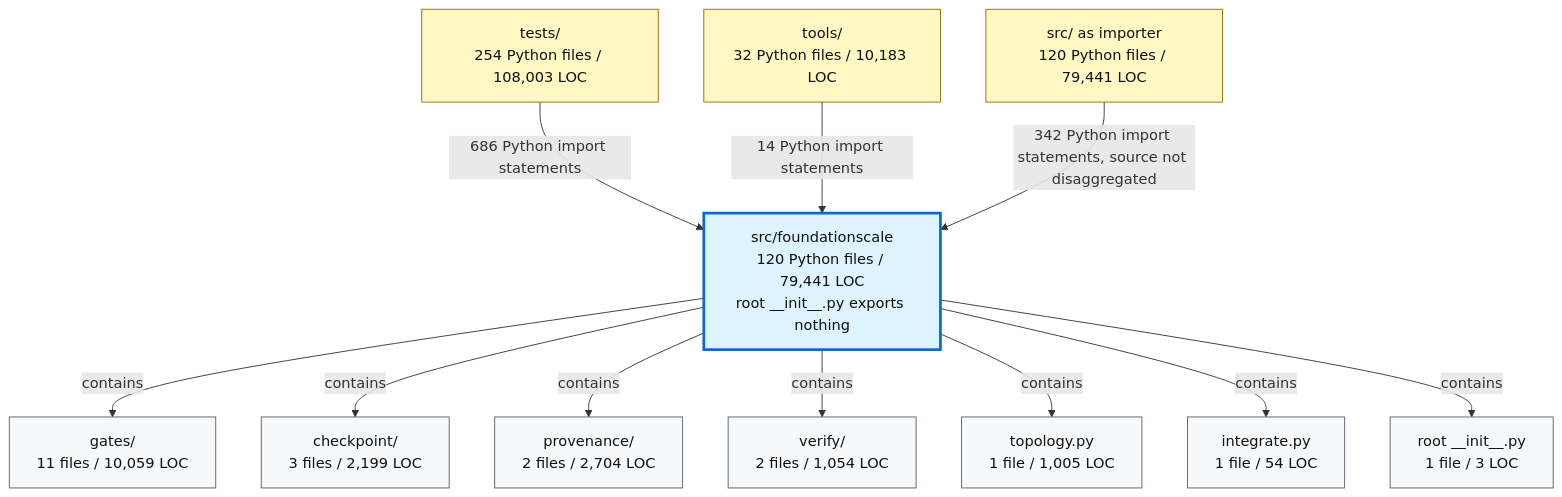
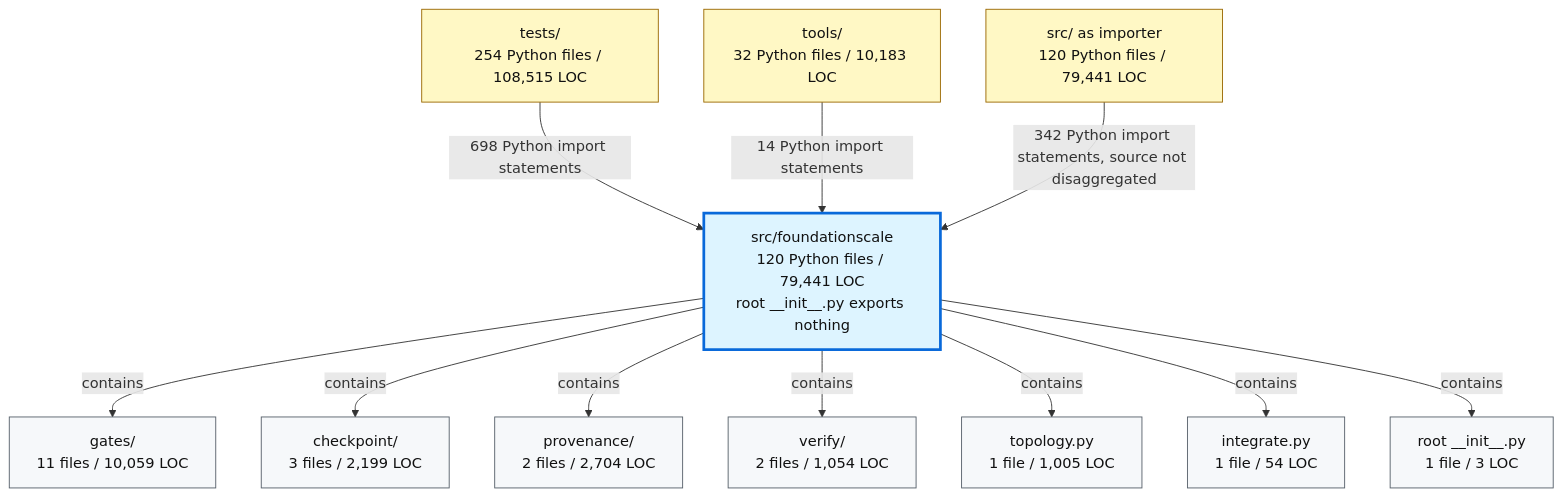
Before and after one commit to TranNhiem/FoundationScale: the second of 2 diagrams in docs/review/D2_current_architecture.md, drawn with Mermaid. The commit also changed 7 other files, not shown here.

````diff
--- a/docs/review/D2_current_architecture.md
+++ b/docs/review/D2_current_architecture.md
@@ -97,36 +97,36 @@
 ```mermaid
 flowchart TB
-  TESTS["tests/<br/>254 Python files / 108,003 LOC"]
+  TESTS["tests/<br/>254 Python files / 108,515 LOC"]
   TOOLS["tools/<br/>32 Python files / 10,183 LOC"]
   SRC["src/ as importer<br/>120 Python files / 79,441 LOC"]
 
   FS["src/foundationscale<br/>120 Python files / 79,441 LOC<br/>root __init__.py exports nothing"]
 
   GATES["gates/<br/>11 files / 10,059 LOC"]
   CKPT["checkpoint/<br/>3 files / 2,199 LOC"]
   PROV["provenance/<br/>2 files / 2,704 LOC"]
   VERIFY["verify/<br/>2 files / 1,054 LOC"]
   TOPO["topology.py<br/>1 file / 1,005 LOC"]
   INTEG["integrate.py<br/>1 file / 54 LOC"]
   ROOT["root __init__.py<br/>1 file / 3 LOC"]
 
-  TESTS -->|"686 Python import statements"| FS
+  TESTS -->|"698 Python import statements"| FS
   TOOLS -->|"14 Python import statements"| FS
   SRC -->|"342 Python import statements, source not disaggregated"| FS
 
   FS -->|"contains"| GATES
   FS -->|"contains"| CKPT
   FS -->|"contains"| PROV
   FS -->|"contains"| VERIFY
   FS -->|"contains"| TOPO
   FS -->|"contains"| INTEG
   FS -->|"contains"| ROOT
 
   classDef consumer fill:#fff8c5,stroke:#9a6700,color:#111;
   classDef package fill:#ddf4ff,stroke:#0969da,stroke-width:3px,color:#111;
   classDef module fill:#f6f8fa,stroke:#57606a,color:#111;
 
   class TESTS,TOOLS,SRC consumer;
   class FS package;
   class GATES,CKPT,PROV,VERIFY,TOPO,INTEG,ROOT module;
 ```
````
